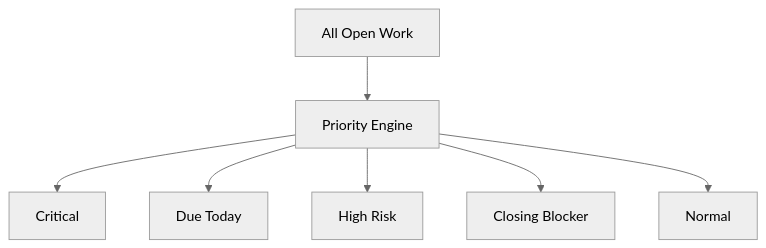
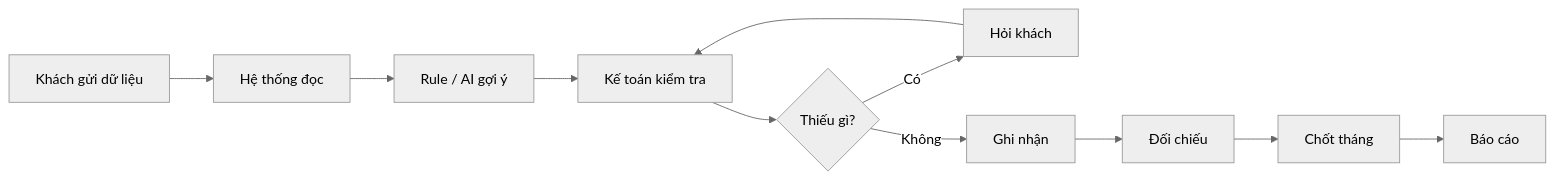
One commit to huynv81/tomtax changed diagram 12 of 12 in tdd.md. Above: the diagram before and after it, drawn with Mermaid (neutral theme). The commit also changed other lines of this file, not shown here.

````diff
--- a/tdd.md
+++ b/tdd.md
@@ -735,9 +1295,16 @@
 ```mermaid
-flowchart TD
-    A[All Open Work] --> B[Priority Engine]
-    B --> C[Critical]
-    B --> D[Due Today]
-    B --> E[High Risk]
-    B --> F[Closing Blocker]
-    B --> G[Normal]
+flowchart LR
+    A[Khách gửi dữ liệu]
+    --> B[Hệ thống đọc]
+    --> C[Rule / AI gợi ý]
+    --> D[Kế toán kiểm tra]
+    --> E{Thiếu gì?}
+
+    E -->|Có| F[Hỏi khách]
+    F --> D
+
+    E -->|Không| G[Ghi nhận]
+    --> H[Đối chiếu]
+    --> I[Chốt tháng]
+    --> J[Báo cáo]
 ```
````
